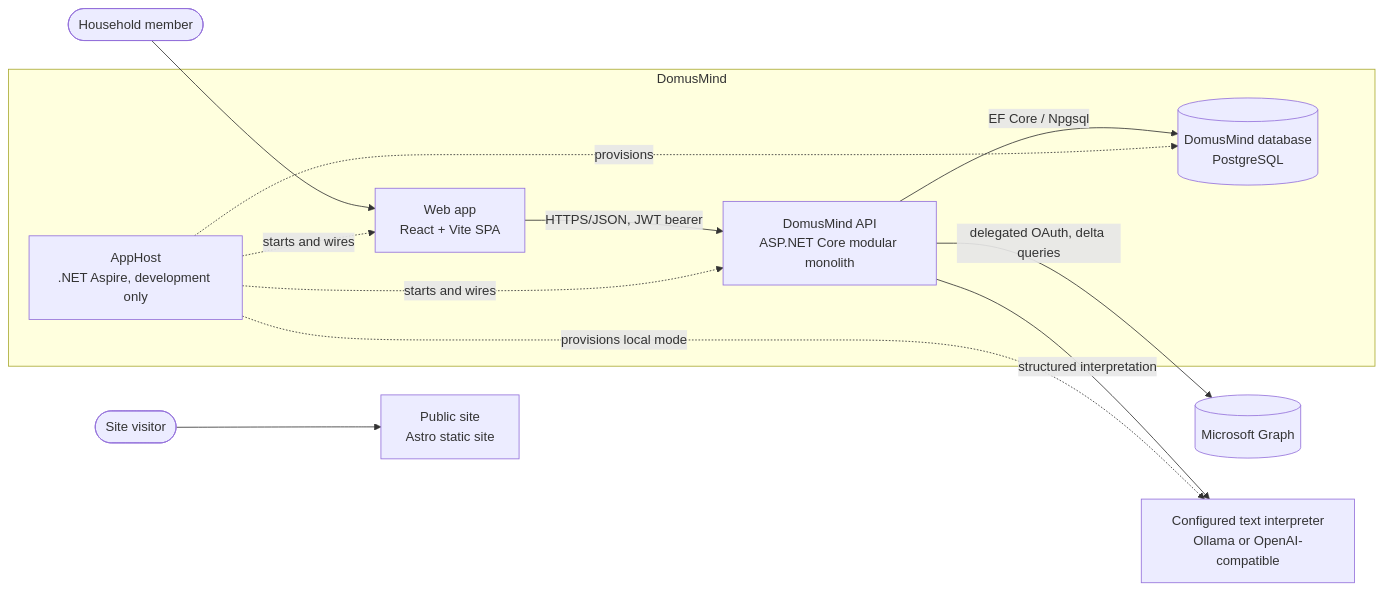
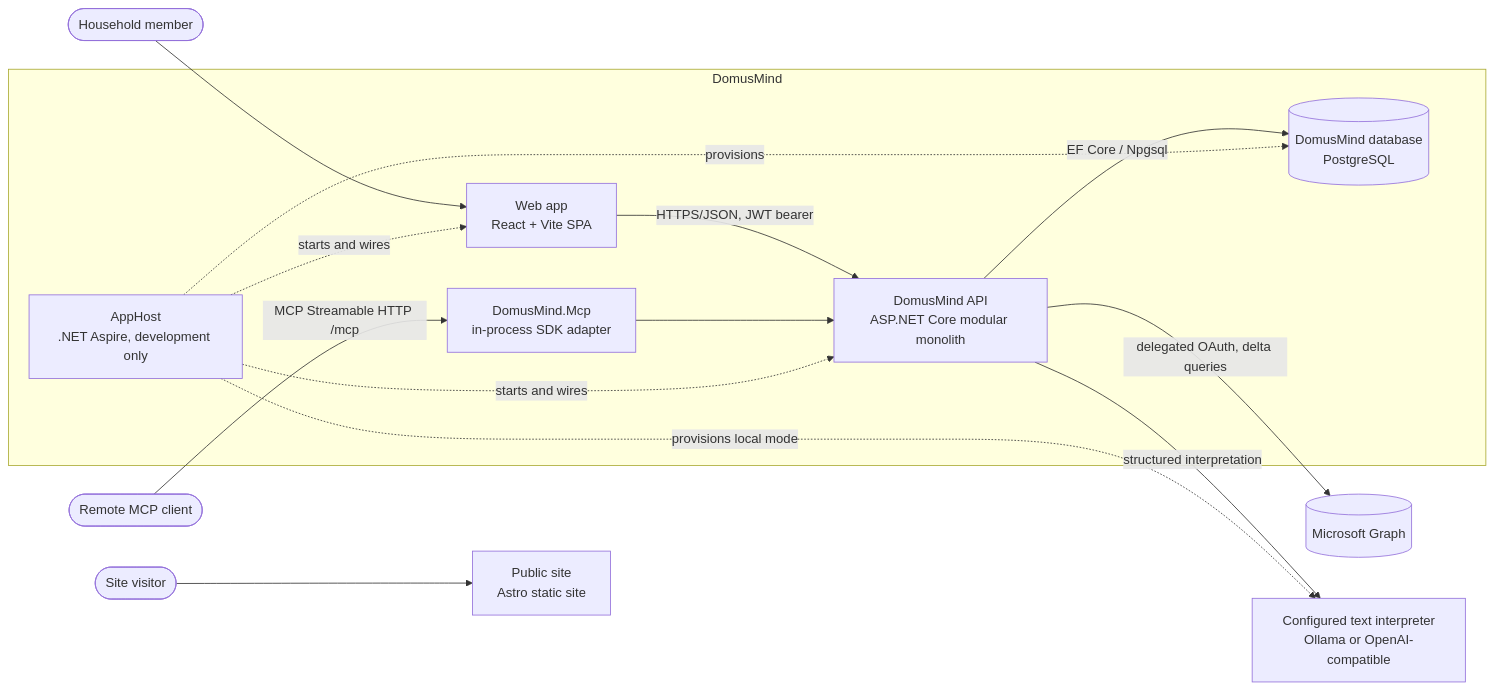
Before and after one commit to juangcarmona/domusmind: the first of 3 diagrams in docs/architecture/05-building-block-view.md, drawn with Mermaid. The commit also changed other lines of this file and 11 other files, not shown here.

First line of the commit message:
docs(mcp): record adapter architecture and evidence

````diff
--- a/docs/architecture/05-building-block-view.md
+++ b/docs/architecture/05-building-block-view.md
@@ -15,27 +15,31 @@
 ```mermaid
 flowchart LR
     person([Household member])
     visitor([Site visitor])
+    aiClient([Remote MCP client])
     msgraph[(Microsoft Graph)]
     interpreter["Configured text interpreter<br/>Ollama or OpenAI-compatible"]
 
     subgraph domusmind [DomusMind]
         web["Web app<br/>React + Vite SPA"]
         api["DomusMind API<br/>ASP.NET Core modular monolith"]
+        mcp["DomusMind.Mcp<br/>in-process SDK adapter"]
         db[("DomusMind database<br/>PostgreSQL")]
         apphost["AppHost<br/>.NET Aspire, development only"]
     end
 
     site["Public site<br/>Astro static site"]
 
     person --> web
     visitor --> site
     web -- "HTTPS/JSON, JWT bearer" --> api
+    aiClient -- "MCP Streamable HTTP /mcp" --> mcp
+    mcp --> api
     api -- "EF Core / Npgsql" --> db
     api -- "delegated OAuth, delta queries" --> msgraph
     api -- "structured interpretation" --> interpreter
     apphost -. "starts and wires" .-> api
     apphost -. "starts and wires" .-> web
     apphost -. "provisions" .-> db
     apphost -. "provisions local mode" .-> interpreter
 ```
````
